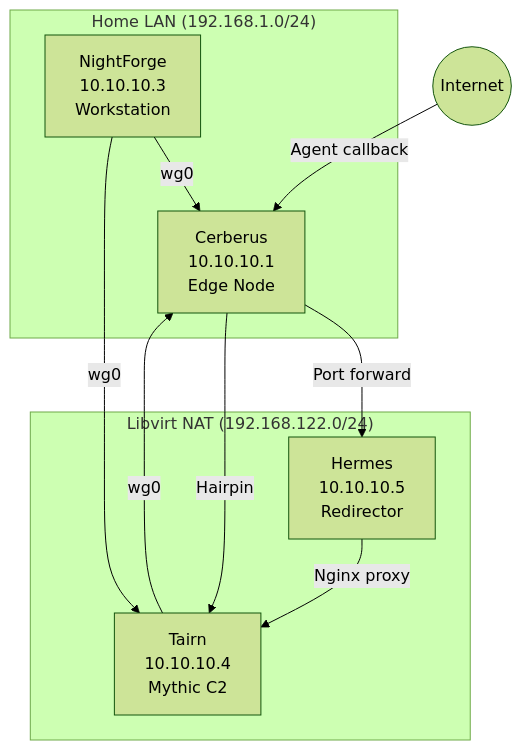
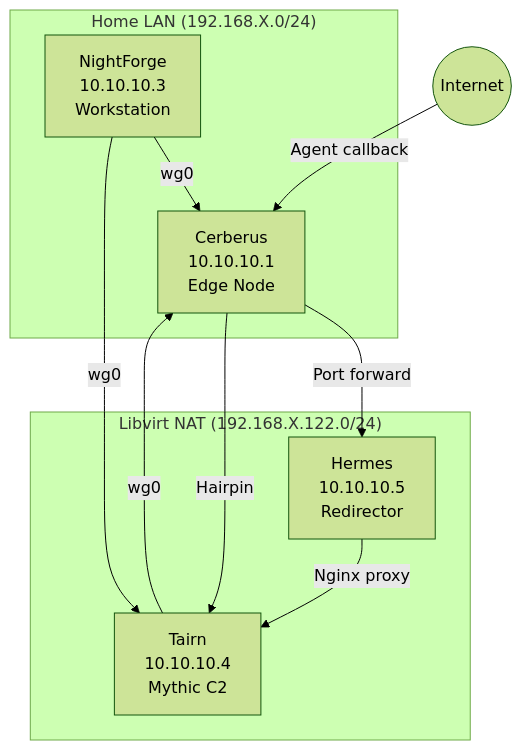
The first of 2 diagrams in docs/ARCHITECTURE-v2.md (CR1MS0N-Operator/V3IL), drawn with Mermaid (forest theme) before and after one commit. The commit also changed 34 other files, not shown here.

````diff
--- a/docs/ARCHITECTURE-v2.md
+++ b/docs/ARCHITECTURE-v2.md
@@ -206,22 +206,22 @@
 ```mermaid
 graph TB
-    subgraph "Home LAN (192.168.1.0/24)"
+    subgraph "Home LAN (192.168.X.0/24)"
         CERB[Cerberus<br/>10.10.10.1<br/>Edge Node]
         NF[NightForge<br/>10.10.10.3<br/>Workstation]
     end
     
-    subgraph "Libvirt NAT (192.168.122.0/24)"
+    subgraph "Libvirt NAT (192.168.X.122.0/24)"
         TAIRN[Tairn<br/>10.10.10.4<br/>Mythic C2]
         HERMES[Hermes<br/>10.10.10.5<br/>Redirector]
     end
     
     INTERNET((Internet))
     
     INTERNET -->|Agent callback| CERB
     CERB -->|Port forward| HERMES
     HERMES -->|Nginx proxy| TAIRN
     TAIRN -->|wg0| CERB
     NF -->|wg0| CERB
     CERB -->|Hairpin| TAIRN
     NF -->|wg0| TAIRN
 ```
````
